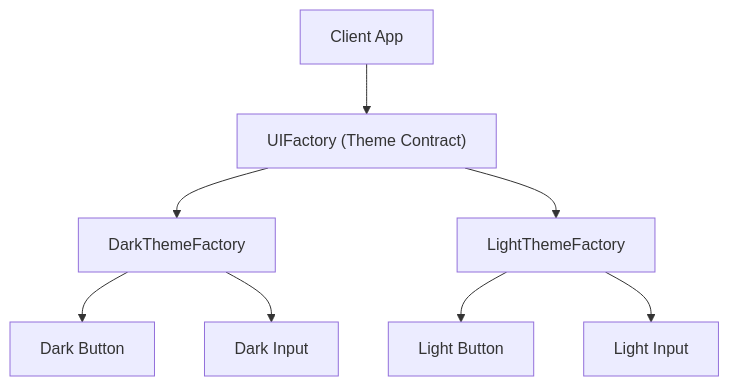
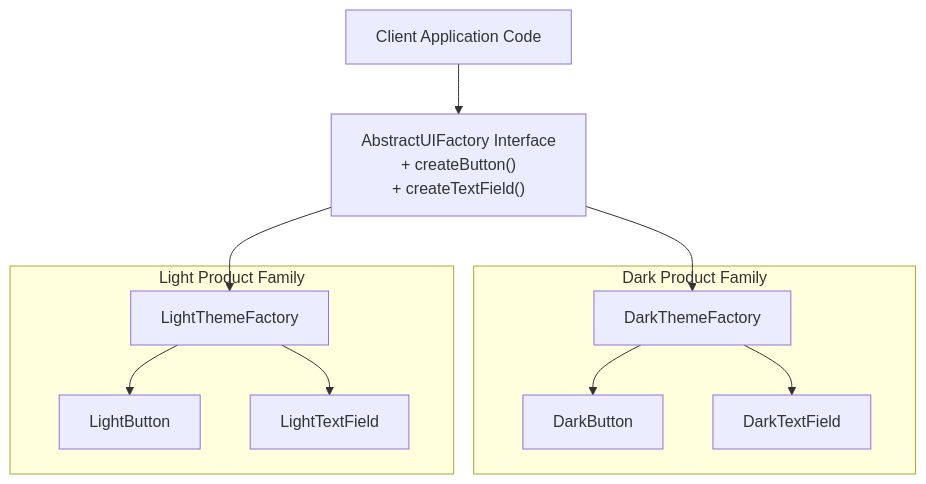
Before and after one commit to Amie-dev/engineering-playbook: the first of 2 diagrams in js-patterns/04-abstract-factory.md, drawn with Mermaid. The commit also changed other lines of this file and 39 other files, not shown here.

````diff
--- a/js-patterns/04-abstract-factory.md
+++ b/js-patterns/04-abstract-factory.md
@@ -10,12 +15,17 @@
 ```mermaid
-graph TD
-    Client[Client App] --> AbstractFactory["UIFactory (Theme Contract)"]
-    AbstractFactory --> DarkFactory["DarkThemeFactory"]
-    AbstractFactory --> LightFactory["LightThemeFactory"]
+flowchart TD
+    Client[Client Application Code] --> AbsFactory["AbstractUIFactory Interface<br/>+ createButton()<br/>+ createTextField()"]
 
-    DarkFactory --> DarkBtn["Dark Button"]
-    DarkFactory --> DarkInput["Dark Input"]
+    AbsFactory --> DarkFactory["DarkThemeFactory"]
+    AbsFactory --> LightFactory["LightThemeFactory"]
 
-    LightFactory --> LightBtn["Light Button"]
-    LightFactory --> LightInput["Light Input"]
+    subgraph Dark Product Family
+        DarkFactory --> DarkBtn["DarkButton"]
+        DarkFactory --> DarkInput["DarkTextField"]
+    end
+
+    subgraph Light Product Family
+        LightFactory --> LightBtn["LightButton"]
+        LightFactory --> LightInput["LightTextField"]
+    end
 ```
````
